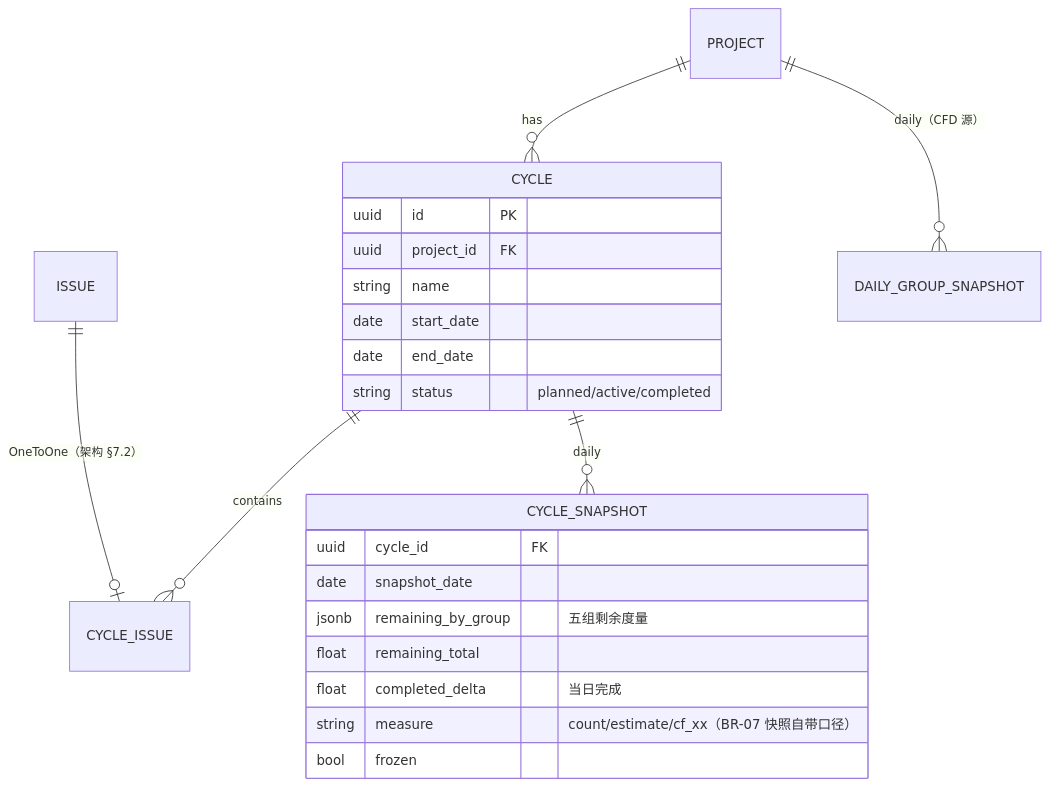
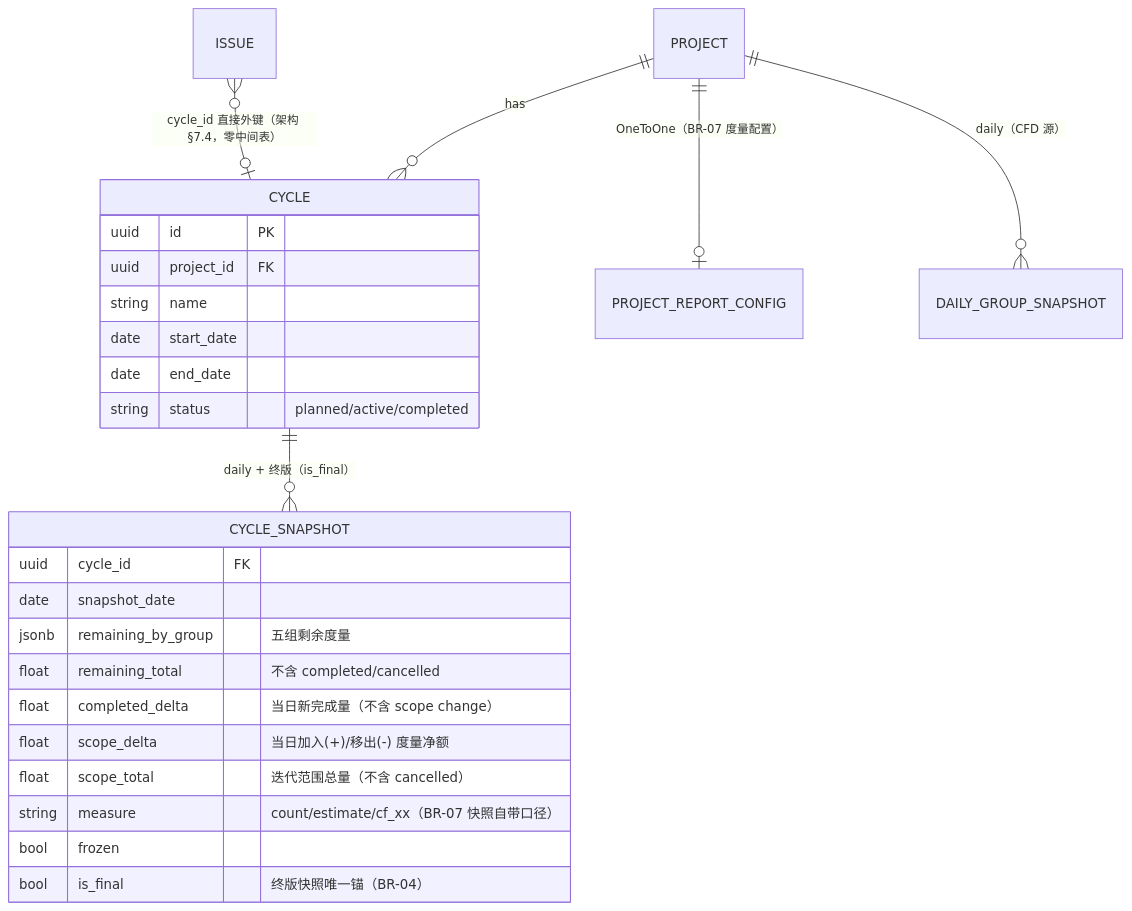
The second of 2 diagrams in docs/sprint-9-enterprise-portfolio/RPT-003-agile-reports.md (RabbitAI-Lab/RabbitProjects), drawn with Mermaid before and after one commit. The commit also changed other lines of this file and 13 other files, not shown here.

````diff
--- a/docs/sprint-9-enterprise-portfolio/RPT-003-agile-reports.md
+++ b/docs/sprint-9-enterprise-portfolio/RPT-003-agile-reports.md
@@ -202,25 +203,28 @@
 ```mermaid
 erDiagram
     PROJECT ||--o{ CYCLE : has
-    CYCLE ||--o{ CYCLE_ISSUE : contains
-    ISSUE ||--o| CYCLE_ISSUE : "OneToOne（架构 §7.2）"
-    CYCLE ||--o{ CYCLE_SNAPSHOT : "daily"
+    ISSUE }o--o| CYCLE : "cycle_id 直接外键（架构 §7.4，零中间表）"
+    CYCLE ||--o{ CYCLE_SNAPSHOT : "daily + 终版（is_final）"
+    PROJECT ||--o| PROJECT_REPORT_CONFIG : "OneToOne（BR-07 度量配置）"
     PROJECT ||--o{ DAILY_GROUP_SNAPSHOT : "daily（CFD 源）"
     CYCLE {
         uuid id PK
         uuid project_id FK
         string name
         date start_date
         date end_date
         string status "planned/active/completed"
     }
     CYCLE_SNAPSHOT {
         uuid cycle_id FK
         date snapshot_date
         jsonb remaining_by_group "五组剩余度量"
-        float remaining_total
-        float completed_delta "当日完成"
+        float remaining_total "不含 completed/cancelled"
+        float completed_delta "当日新完成量（不含 scope change）"
+        float scope_delta "当日加入(+)/移出(-) 度量净额"
+        float scope_total "迭代范围总量（不含 cancelled）"
         string measure "count/estimate/cf_xx（BR-07 快照自带口径）"
         bool frozen
+        bool is_final "终版快照唯一锚（BR-04）"
     }
 ```
````
